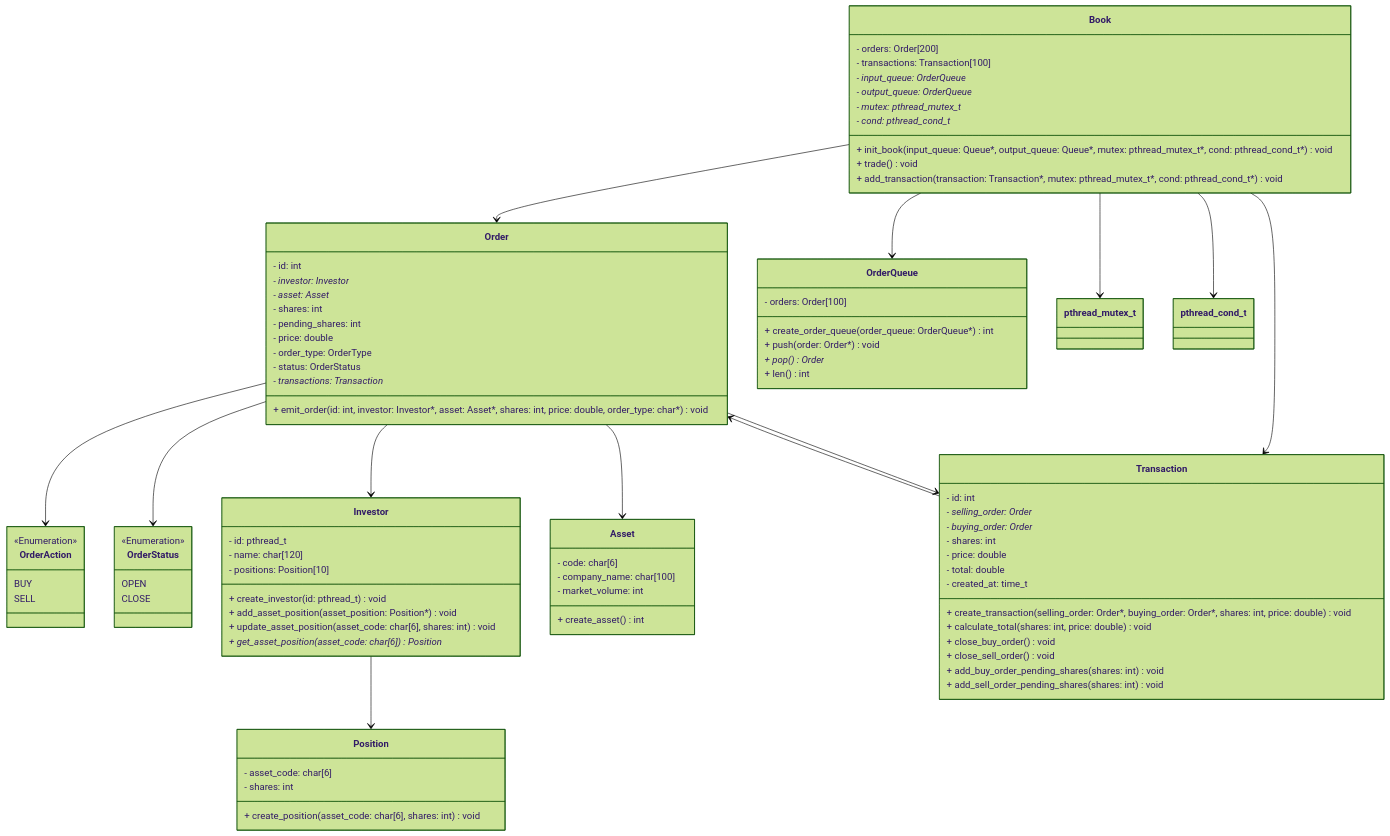
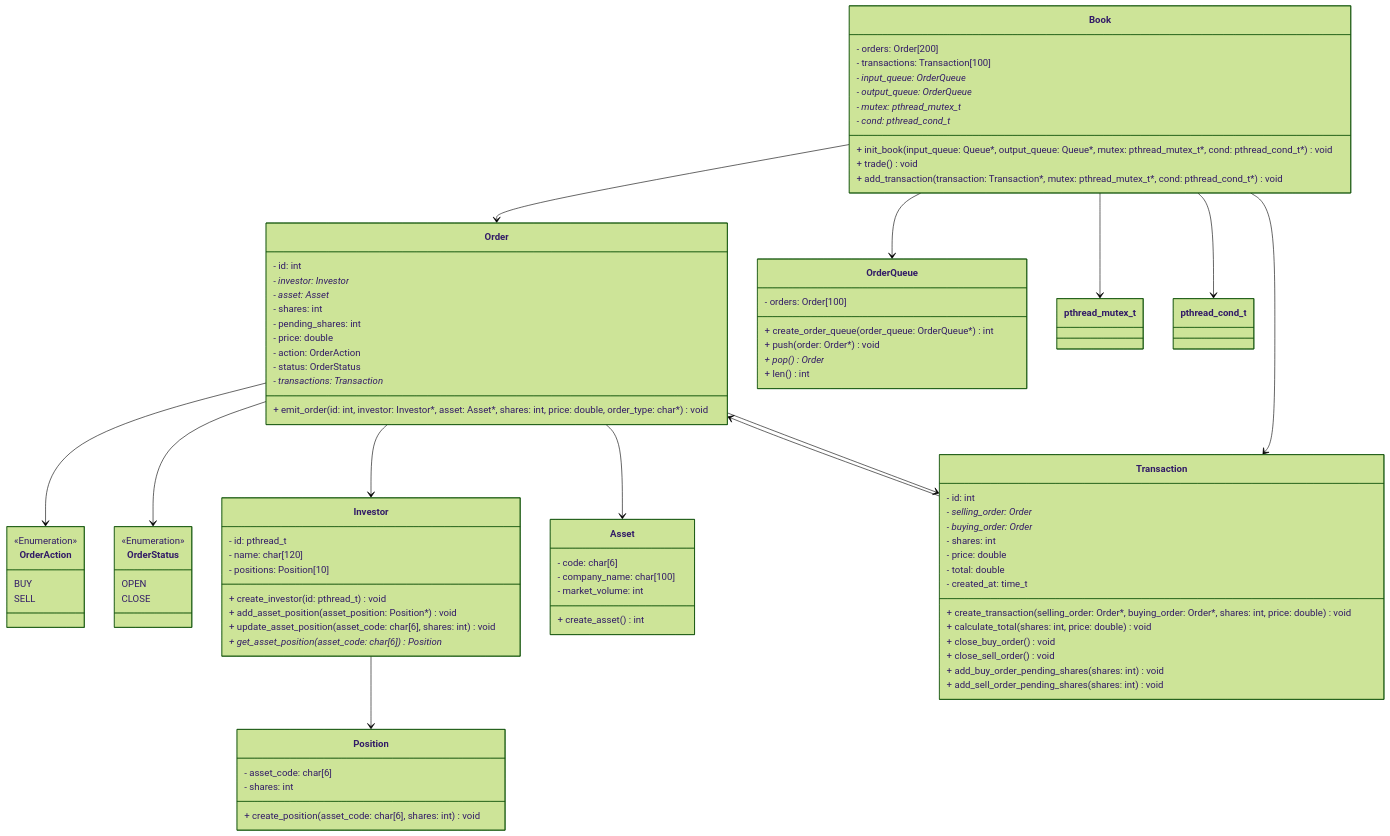
One commit to ImGabreuw/home-broker-simulation changed the diagram in docs/index.md. Above: the diagram before and after it, drawn with Mermaid (forest theme). The commit also changed 7 other files, not shown here.

```diff
--- a/docs/index.md
+++ b/docs/index.md
@@ -22,7 +22,7 @@
         - shares: int
         - pending_shares: int
         - price: double
-        - order_type: OrderType
+        - action: OrderAction
         - status: OrderStatus
         - transactions: Transaction*
 
```
